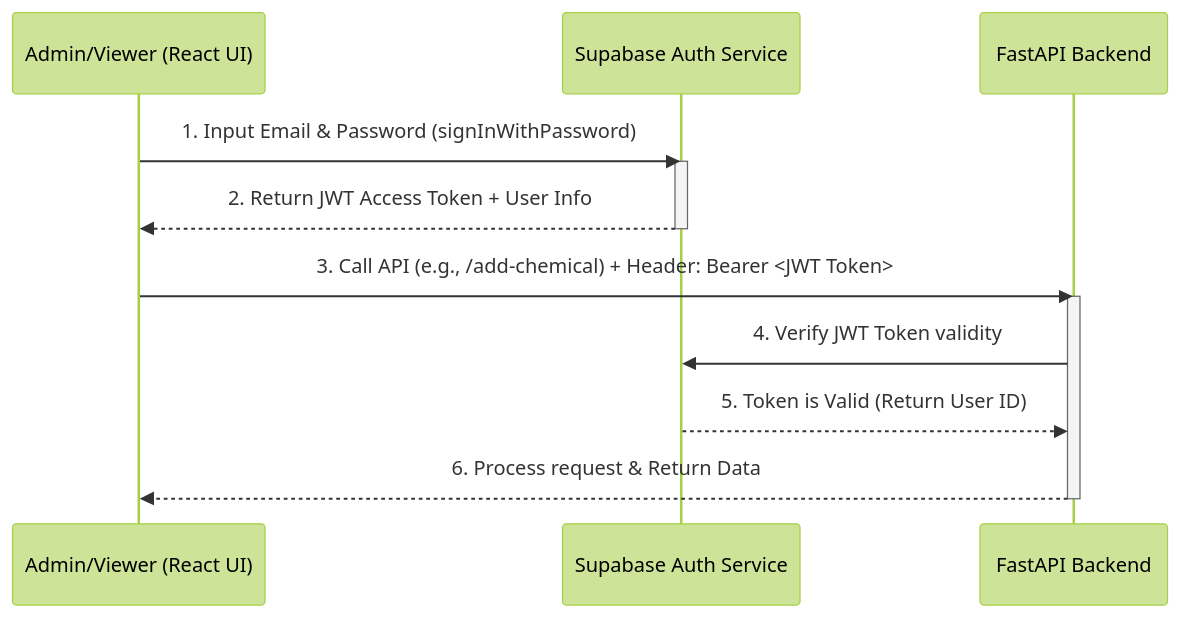
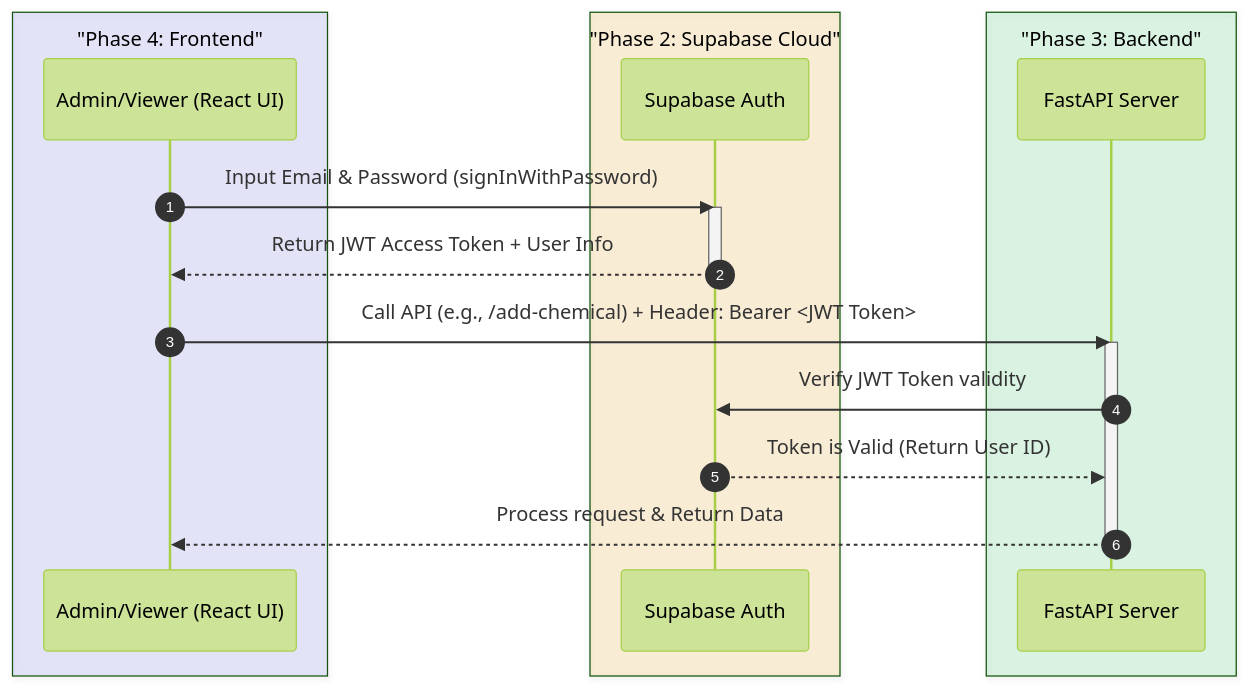
One commit to kneknew/tremon_hse changed the fourth of 5 diagrams in README.md. Above: the diagram before and after it, drawn with Mermaid (forest theme). The commit also changed other lines of this file, not shown here.

First line of the commit message:
Enhance README with updated project details and diagrams

````diff
--- a/README.md
+++ b/README.md
@@ -151,18 +193,29 @@
 ```mermaid
 sequenceDiagram
-    participant User as Admin/Viewer (React UI)
-    participant SupabaseAuth as Supabase Auth Service
-    participant API as FastAPI Backend
+    autonumber
+    
+    %% Using rgba() for transparent backgrounds
+    box rgba(99, 102, 241, 0.15) "Phase 4: Frontend"
+        participant User as Admin/Viewer (React UI)
+    end
+    
+    box rgba(245, 158, 11, 0.15) "Phase 2: Supabase Cloud"
+        participant SupabaseAuth as Supabase Auth
+    end
+    
+    box rgba(34, 197, 94, 0.15) "Phase 3: Backend"
+        participant API as FastAPI Server
+    end
 
-    User->>SupabaseAuth: 1. Input Email & Password (signInWithPassword)
+    User->>SupabaseAuth: Input Email & Password (signInWithPassword)
     activate SupabaseAuth
-    SupabaseAuth-->>User: 2. Return JWT Access Token + User Info
+    SupabaseAuth-->>User: Return JWT Access Token + User Info
     deactivate SupabaseAuth
 
-    User->>API: 3. Call API (e.g., /add-chemical) + Header: Bearer <JWT Token>
+    User->>API: Call API (e.g., /add-chemical) + Header: Bearer <JWT Token>
     activate API
-    API->>SupabaseAuth: 4. Verify JWT Token validity
-    SupabaseAuth-->>API: 5. Token is Valid (Return User ID)
-    API-->>User: 6. Process request & Return Data
+    API->>SupabaseAuth: Verify JWT Token validity
+    SupabaseAuth-->>API: Token is Valid (Return User ID)
+    API-->>User: Process request & Return Data
     deactivate API
 ```
````
